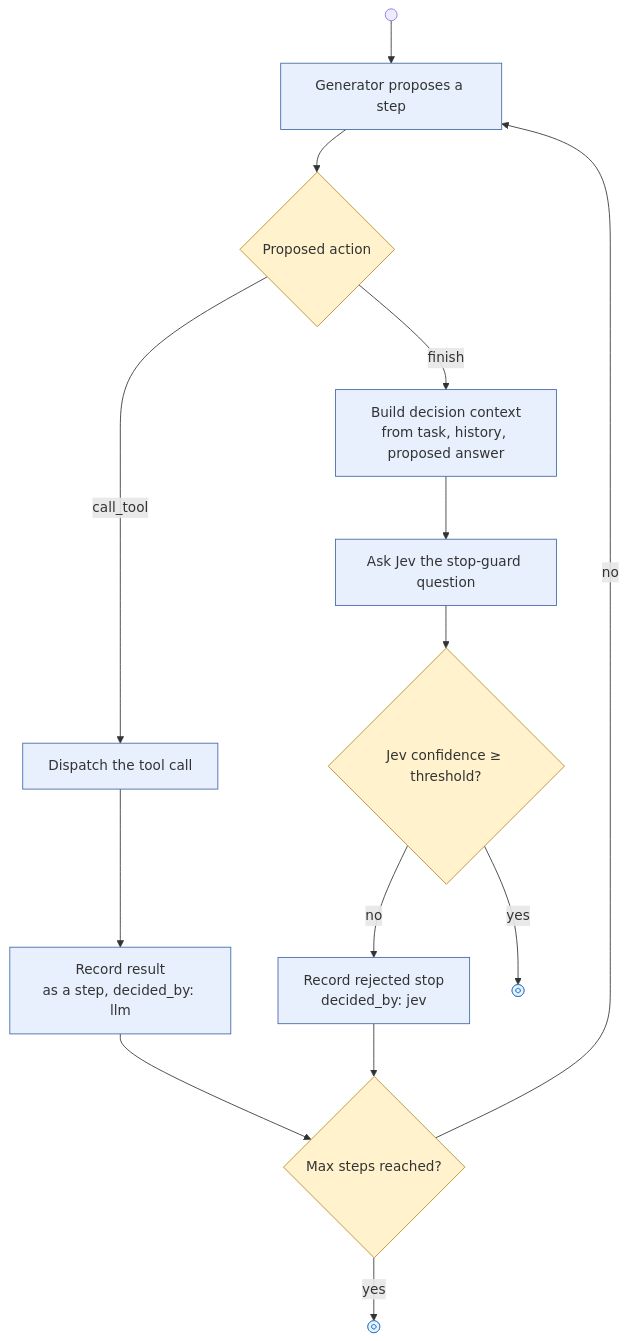
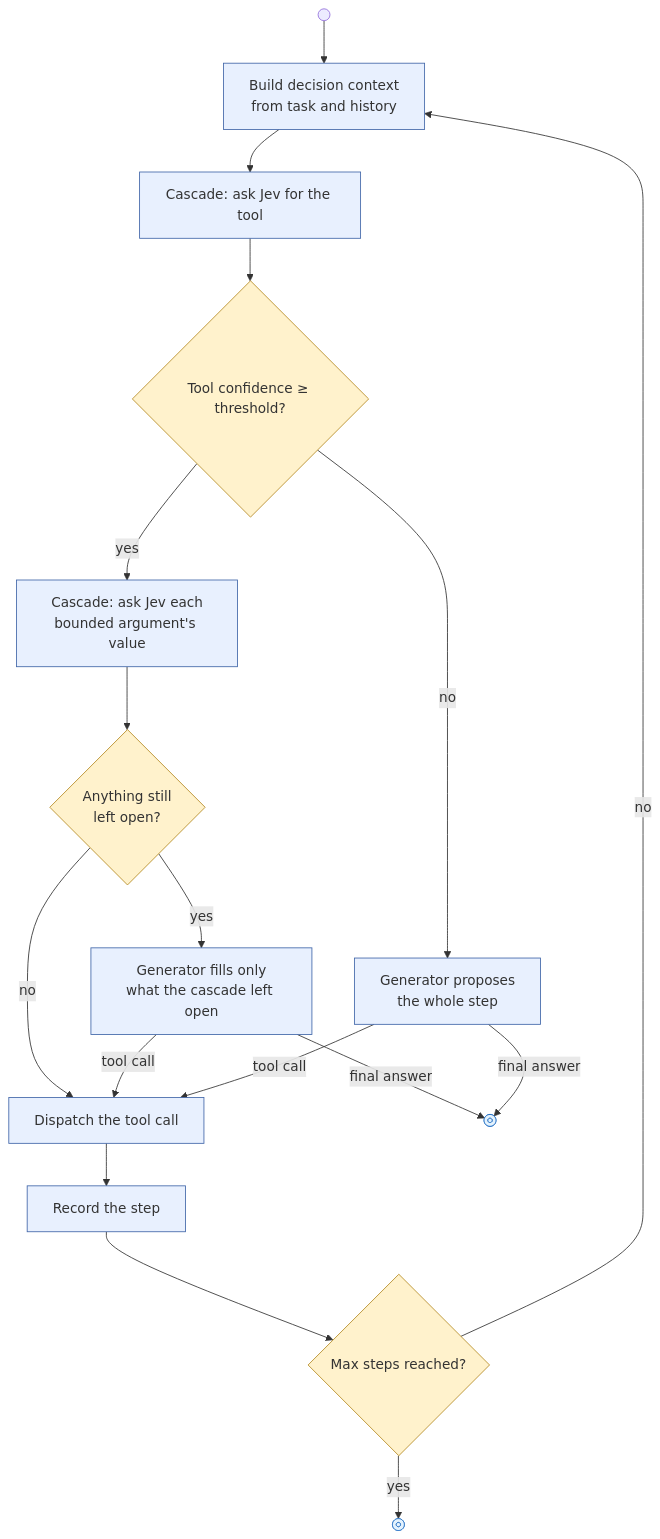
One commit to MaximeBoulat/DecisionBot changed the second of 3 diagrams in README.md. Above: the diagram before and after it, drawn with Mermaid. The commit also changed other lines of this file and 22 other files, not shown here.

````diff
--- a/README.md
+++ b/README.md
@@ -65,34 +68,34 @@
 ```mermaid
 flowchart TB
     Start@{ shape: start }
-    Step["Generator proposes a step"]
-    Decide{"Proposed action"}
-    CallTool["Dispatch the tool call"]
-    Observe["Record result<br/>as a step, decided_by: llm"]
-    BuildCtx["Build decision context<br/>from task, history, proposed answer"]
-    AskJev["Ask Jev the stop-guard question"]
-    JevDecide{"Jev confidence ≥ threshold?"}
-    RecordReject["Record rejected stop<br/>decided_by: jev"]
+    BuildCtx["Build decision context<br/>from task and history"]
+    AskTool["Cascade: ask Jev for the tool"]
+    ToolGate{"Tool confidence ≥ threshold?"}
+    AskArgs["Cascade: ask Jev each<br/>bounded argument's value"]
+    NeedsGen{"Anything still<br/>left open?"}
+    CompleteStep["Generator fills only<br/>what the cascade left open"]
+    ProposeStep["Generator proposes<br/>the whole step"]
+    Dispatch["Dispatch the tool call"]
+    Observe["Record the step"]
+    MaxSteps{"Max steps reached?"}
     Finish@{ shape: stop, label: "Episode finished<br/>answer recorded" }
-    MaxSteps{"Max steps reached?"}
     Fail@{ shape: stop, label: "Episode failed<br/>no answer" }
-    Start --> Step
-    Step --> Decide
-    Decide -->|"call_tool"| CallTool
-    CallTool --> Observe
-    Observe --> MaxSteps
-    Decide -->|"finish"| BuildCtx
-    BuildCtx --> AskJev
-    AskJev --> JevDecide
-    JevDecide -->|"yes"| Finish
-    JevDecide -->|"no"| RecordReject
-    RecordReject --> MaxSteps
-    MaxSteps -->|"no"| Step
+    Start --> BuildCtx --> AskTool --> ToolGate
+    ToolGate -->|"no"| ProposeStep
+    ToolGate -->|"yes"| AskArgs --> NeedsGen
+    NeedsGen -->|"yes"| CompleteStep
+    NeedsGen -->|"no"| Dispatch
+    CompleteStep -->|"tool call"| Dispatch
+    CompleteStep -->|"final answer"| Finish
+    ProposeStep -->|"tool call"| Dispatch
+    ProposeStep -->|"final answer"| Finish
+    Dispatch --> Observe --> MaxSteps
+    MaxSteps -->|"no"| BuildCtx
     MaxSteps -->|"yes"| Fail
     classDef core fill:#e8f0fe,stroke:#4267a9
     classDef gate fill:#fff2cc,stroke:#b58b24
     classDef terminal fill:#E3F2FD,stroke:#1565c0
-    class Step,CallTool,Observe,BuildCtx,AskJev,RecordReject core
-    class Decide,JevDecide,MaxSteps gate
+    class BuildCtx,AskTool,AskArgs,CompleteStep,ProposeStep,Dispatch,Observe core
+    class ToolGate,NeedsGen,MaxSteps gate
     class Finish,Fail terminal
 ```
````
